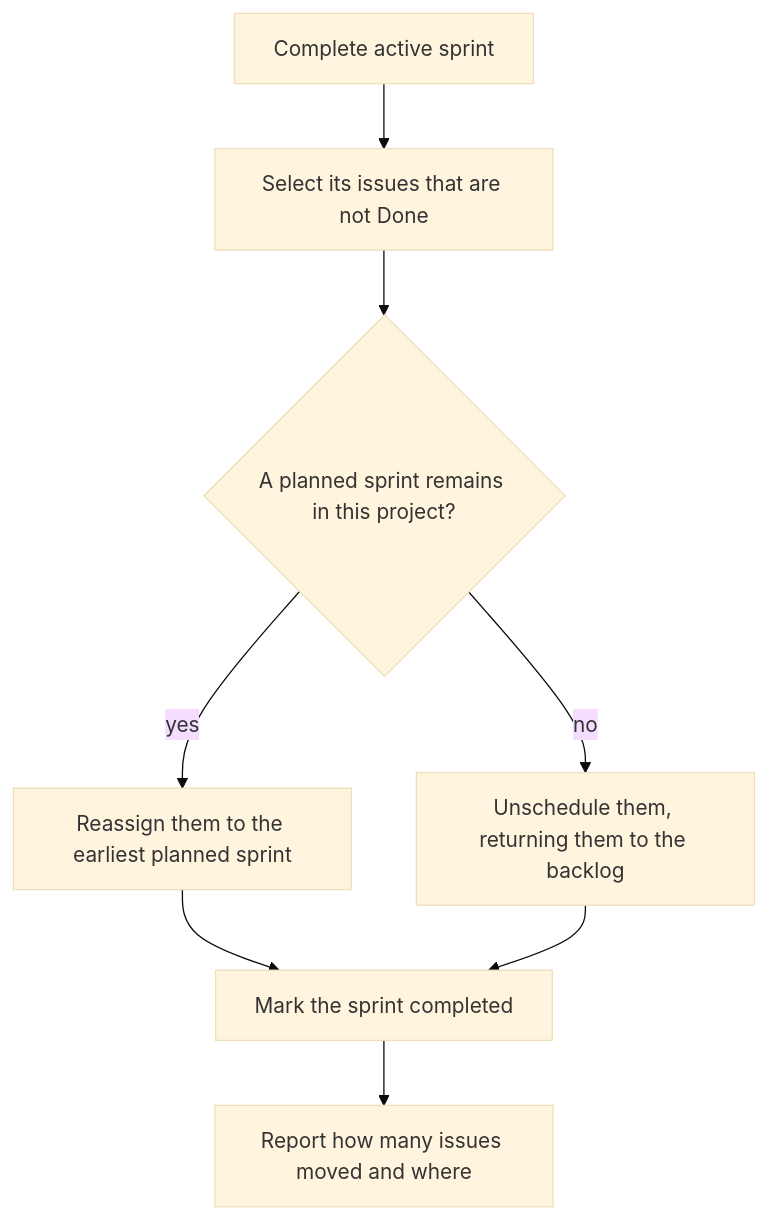
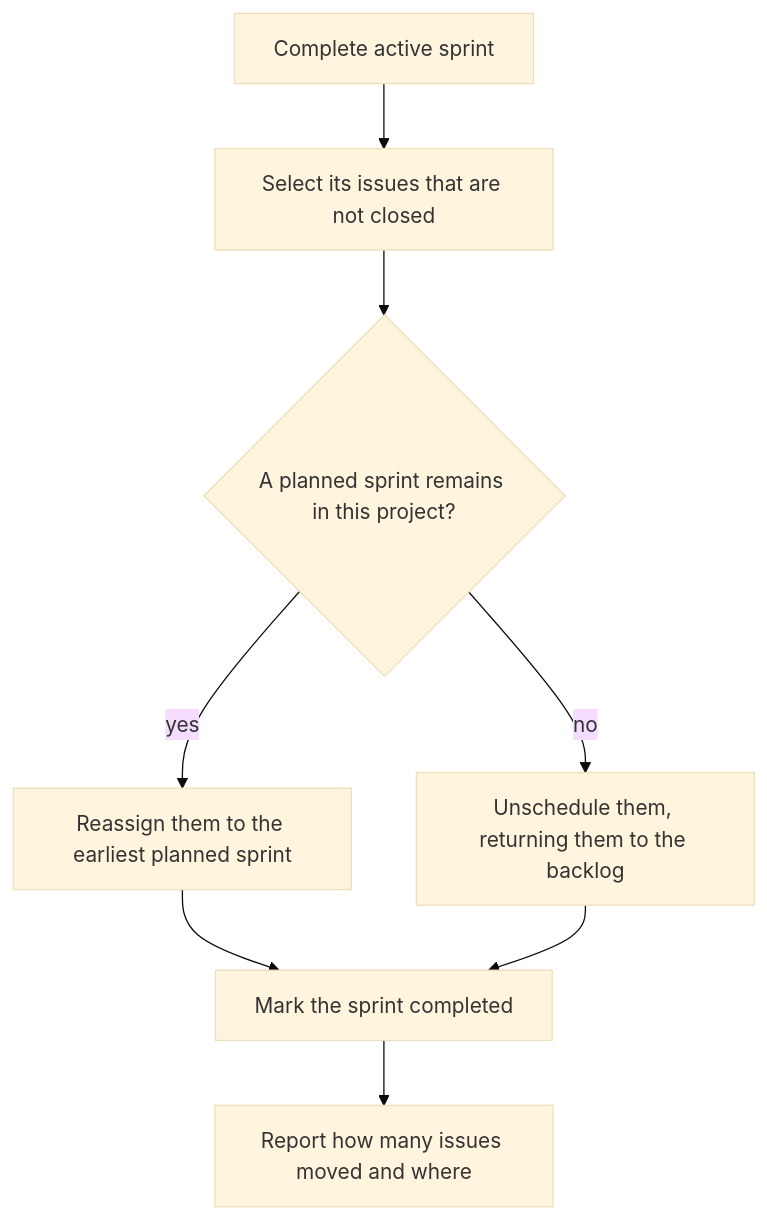
One commit to Mathotics/Keel changed the third of 3 diagrams in docs/adr/ADR-013.md. Above: the diagram before and after it, drawn with Mermaid (base theme). The commit also changed other lines of this file and 29 other files, not shown here.

Commit message:
Add Cancelled as a sixth issue status so abandoned work can be closed without calling it Done.

````diff
--- a/docs/adr/ADR-013.md
+++ b/docs/adr/ADR-013.md
@@ -157,10 +171,10 @@
 ```mermaid
 flowchart TD
-  complete["Complete active sprint"] --> select["Select its issues that are not Done"]
+  complete["Complete active sprint"] --> select["Select its issues that are not closed"]
   select --> planned{"A planned sprint remains in this project?"}
   planned -->|yes| move["Reassign them to the earliest planned sprint"]
   planned -->|no| unschedule["Unschedule them, returning them to the backlog"]
   move --> mark["Mark the sprint completed"]
   unschedule --> mark
   mark --> report["Report how many issues moved and where"]
 ```
````
